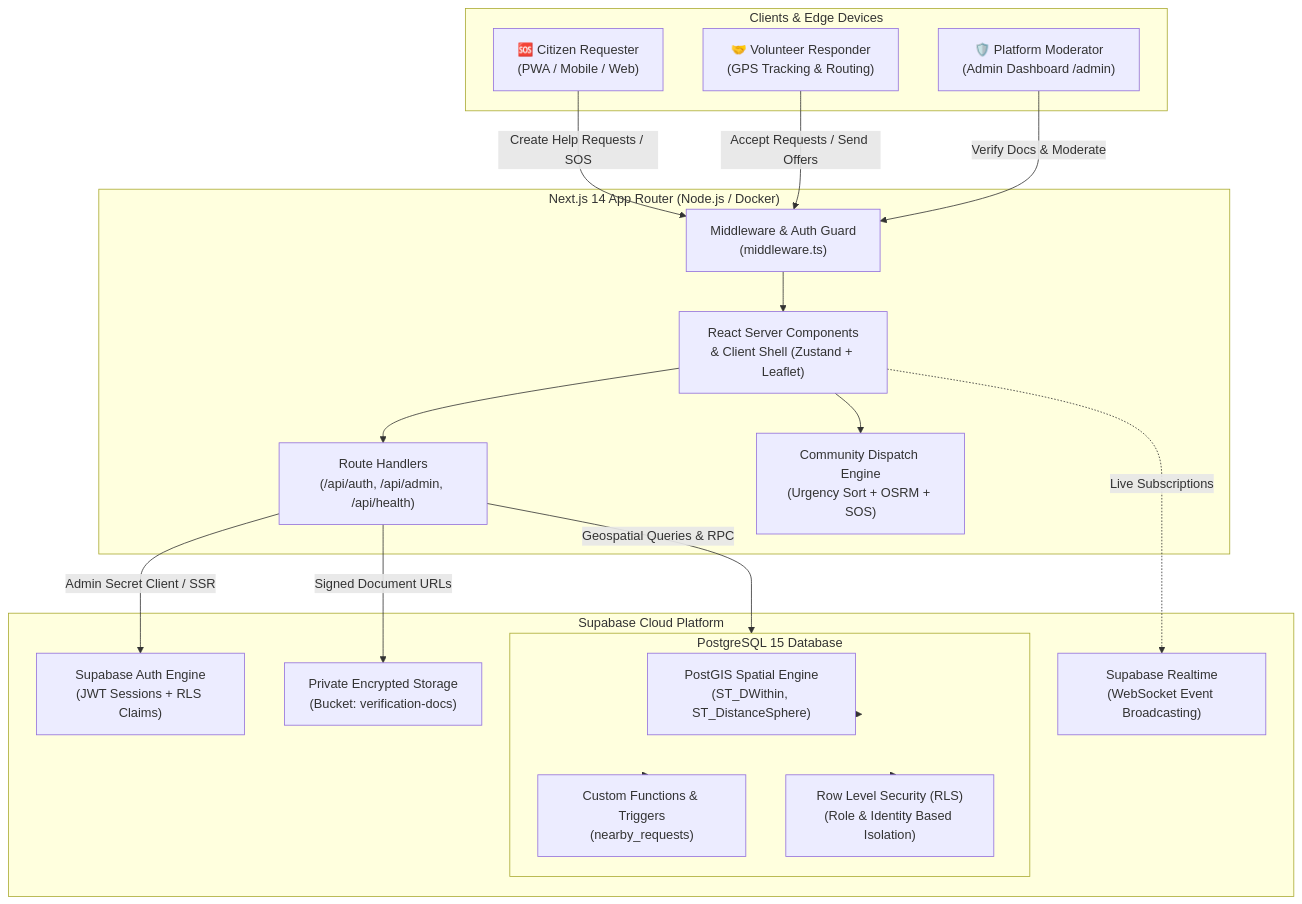
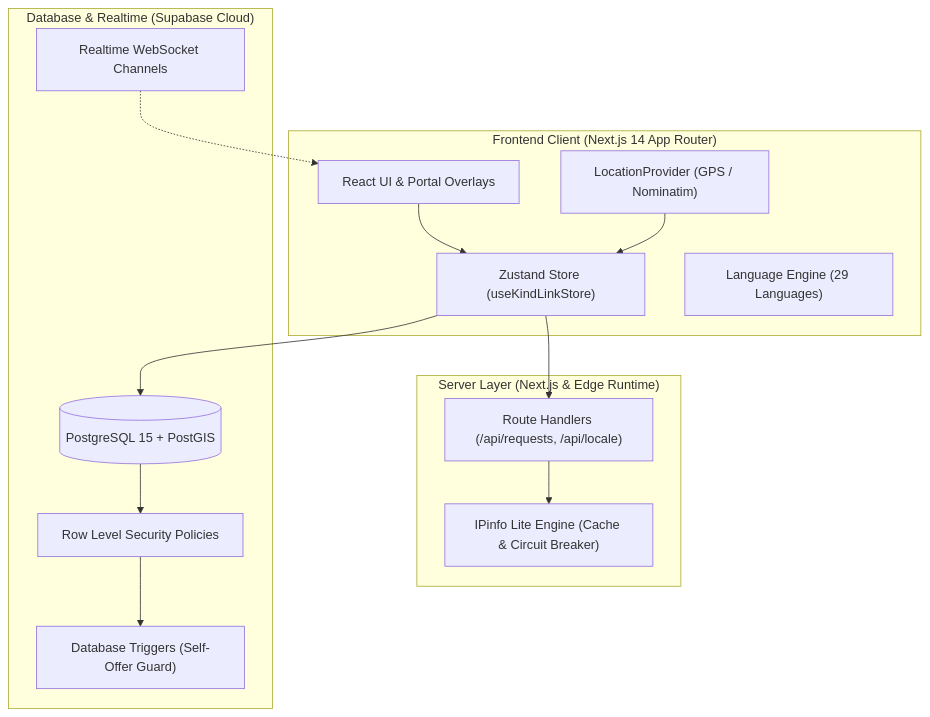
Before and after one commit to krishkumarcodes/KindLink: the diagram in README.md, drawn with Mermaid. The commit also changed other lines of this file and 1 other file, not shown here.

````diff
--- a/README.md
+++ b/README.md
@@ -189,50 +256,30 @@
 ```mermaid
 flowchart TD
-    subgraph Clients["Clients & Edge Devices"]
-        U1["🆘 Citizen Requester\n(PWA / Mobile / Web)"]
-        U2["🤝 Volunteer Responder\n(GPS Tracking & Routing)"]
-        U3["🛡️ Platform Moderator\n(Admin Dashboard /admin)"]
+    subgraph Client["Frontend Client (Next.js 14 App Router)"]
+        UI["React UI & Portal Overlays"]
+        Zustand["Zustand Store (useKindLinkStore)"]
+        Location["LocationProvider (GPS / Nominatim)"]
+        Translate["Language Engine (29 Languages)"]
     end
 
-    subgraph NextServer["Next.js 14 App Router (Node.js / Docker)"]
-        MW["Middleware & Auth Guard\n(middleware.ts)"]
-        API["Route Handlers\n(/api/auth, /api/admin, /api/health)"]
-        RSC["React Server Components\n& Client Shell (Zustand + Leaflet)"]
-        PE["Community Dispatch Engine\n(Urgency Sort + OSRM + SOS)"]
+    subgraph Server["Server Layer (Next.js & Edge Runtime)"]
+        API["Route Handlers (/api/requests, /api/locale)"]
+        IPinfo["IPinfo Lite Engine (Cache & Circuit Breaker)"]
     end
 
-    subgraph SupabasePlatform["Supabase Cloud Platform"]
-        S_AUTH["Supabase Auth Engine\n(JWT Sessions + RLS Claims)"]
-        
-        subgraph DB["PostgreSQL 15 Database"]
-            PG_GIS["PostGIS Spatial Engine\n(ST_DWithin, ST_DistanceSphere)"]
-            PG_FUNC["Custom Functions & Triggers\n(nearby_requests)"]
-            PG_RLS["Row Level Security (RLS)\n(Role & Identity Based Isolation)"]
-        end
-        
-        S_RT["Supabase Realtime\n(WebSocket Event Broadcasting)"]
-        S_STORE["Private Encrypted Storage\n(Bucket: verification-docs)"]
+    subgraph Backend["Database & Realtime (Supabase Cloud)"]
+        Postgres[("PostgreSQL 15 + PostGIS")]
+        RLS["Row Level Security Policies"]
+        Triggers["Database Triggers (Self-Offer Guard)"]
+        Realtime["Realtime WebSocket Channels"]
     end
 
-    %% Client Interactions
-    U1 -->|Create Help Requests / SOS| MW
-    U2 -->|Accept Requests / Send Offers| MW
-    U3 -->|Verify Docs & Moderate| MW
-
-    MW --> RSC
-    RSC --> API
-    RSC --> PE
-
-    %% API and Server to Supabase
-    API -->|Admin Secret Client / SSR| S_AUTH
-    API -->|Geospatial Queries & RPC| DB
-    
-    %% Realtime and Storage
-    RSC -.->|Live Subscriptions| S_RT
-    API -->|Signed Document URLs| S_STORE
-
-    %% Internal Database Links
-    DB --> PG_GIS
-    DB --> PG_FUNC
-    DB --> PG_RLS
+    UI --> Zustand
+    Location --> Zustand
+    Zustand --> API
+    API --> IPinfo
+    Zustand --> Postgres
+    Postgres --> RLS
+    RLS --> Triggers
+    Realtime -.-> UI
 ```
````
